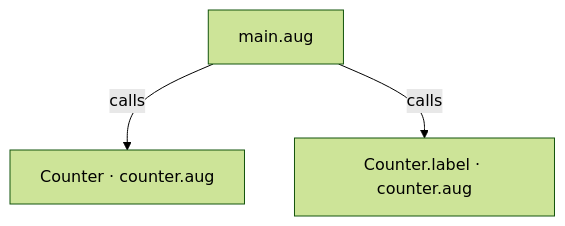
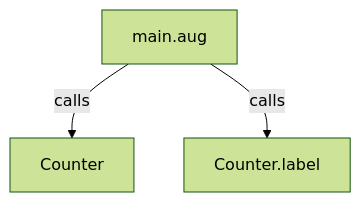
The second of 3 diagrams in docs/examples/visibility/main-diagrams.md (GreenPandaStudios/augscript), drawn with Mermaid (forest theme) before and after one commit. The commit also changed other lines of this file and 524 other files, not shown here.

Commit message:
Explain checked data flow at folder and service levels

````diff
--- a/docs/examples/visibility/main-diagrams.md
+++ b/docs/examples/visibility/main-diagrams.md
@@ -28,8 +28,8 @@
 ```mermaid
 flowchart TD
-    n0["Counter · counter.aug"]
-    n1["Counter.label · counter.aug"]
+    n0["Counter"]
+    n1["Counter.label"]
     n2["main.aug"]
     n2 -->|"calls"| n0
     n2 -->|"calls"| n1
 ```
````
